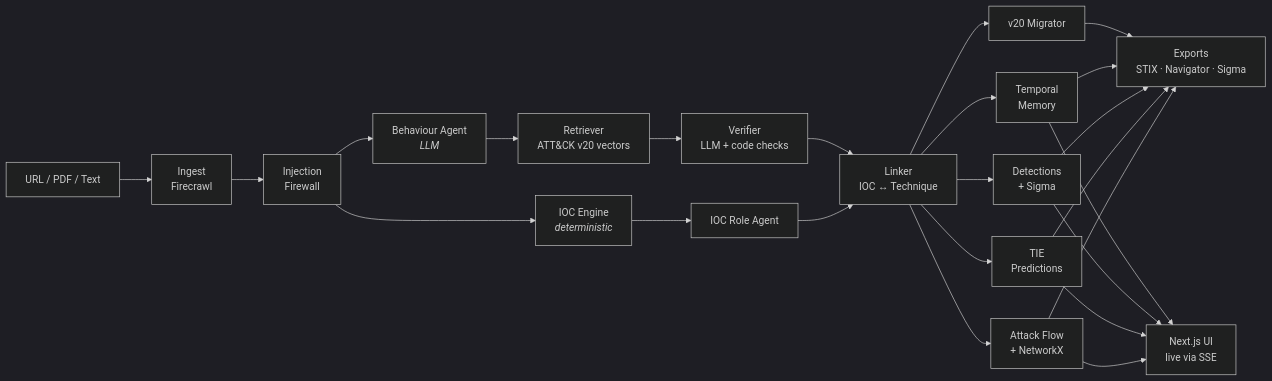
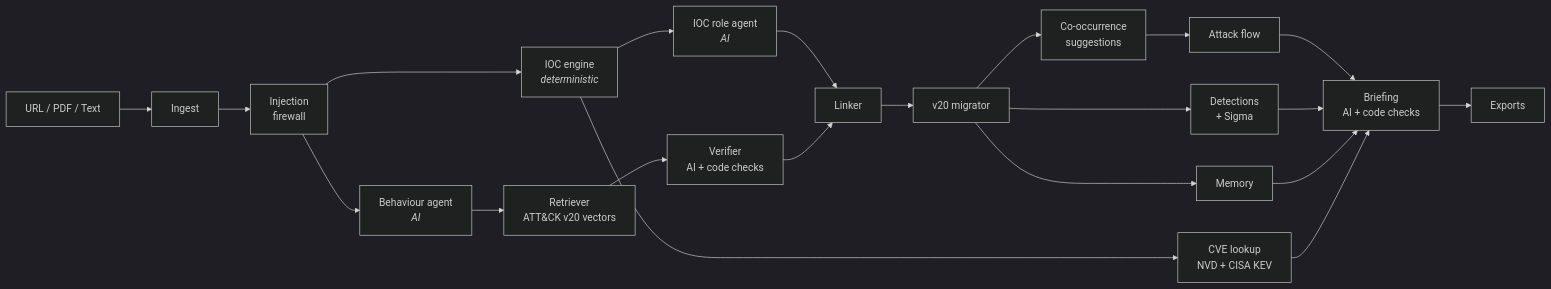
Before and after one commit to rohith-0099/TEAMWEBUGZ_VYUHAM26: the diagram in README.md, drawn with Mermaid (dark theme). The commit also changed other lines of this file and 64 other files, not shown here.

````diff
--- a/README.md
+++ b/README.md
@@ -135,19 +65,20 @@
 ```mermaid
 flowchart LR
-    A[URL / PDF / Text] --> B[Ingest<br/>Firecrawl]
-    B --> G[Injection<br/>Firewall]
-    G --> C[IOC Engine<br/><i>deterministic</i>]
-    G --> D[Behaviour Agent<br/><i>LLM</i>]
-    C --> C2[IOC Role Agent]
+    A[URL / PDF / Text] --> B[Ingest]
+    B --> G[Injection<br/>firewall]
+    G --> C[IOC engine<br/><i>deterministic</i>]
+    G --> D[Behaviour agent<br/><i>AI</i>]
+    C --> C2[IOC role agent<br/><i>AI</i>]
+    C --> V[CVE lookup<br/>NVD + CISA KEV]
     D --> E[Retriever<br/>ATT&CK v20 vectors]
-    E --> F[Verifier<br/>LLM + code checks]
-    C2 --> L[Linker<br/>IOC ↔ Technique]
+    E --> F[Verifier<br/>AI + code checks]
+    C2 --> L[Linker]
     F --> L
-    L --> H[Attack Flow<br/>+ NetworkX]
-    L --> I[TIE<br/>Predictions]
-    L --> J[Detections<br/>+ Sigma]
-    L --> K[Temporal<br/>Memory]
-    L --> M[v20 Migrator]
-    H & I & J & K & M --> X[Exports<br/>STIX · Navigator · Sigma]
-    H & I & J & K --> UI[Next.js UI<br/>live via SSE]
+    L --> M[v20 migrator]
+    M --> P[Co-occurrence<br/>suggestions]
+    P --> H[Attack flow]
+    M --> J[Detections<br/>+ Sigma]
+    M --> K[Memory]
+    H & J & K & V --> BR[Briefing<br/>AI + code checks]
+    BR --> X[Exports]
 ```
````
